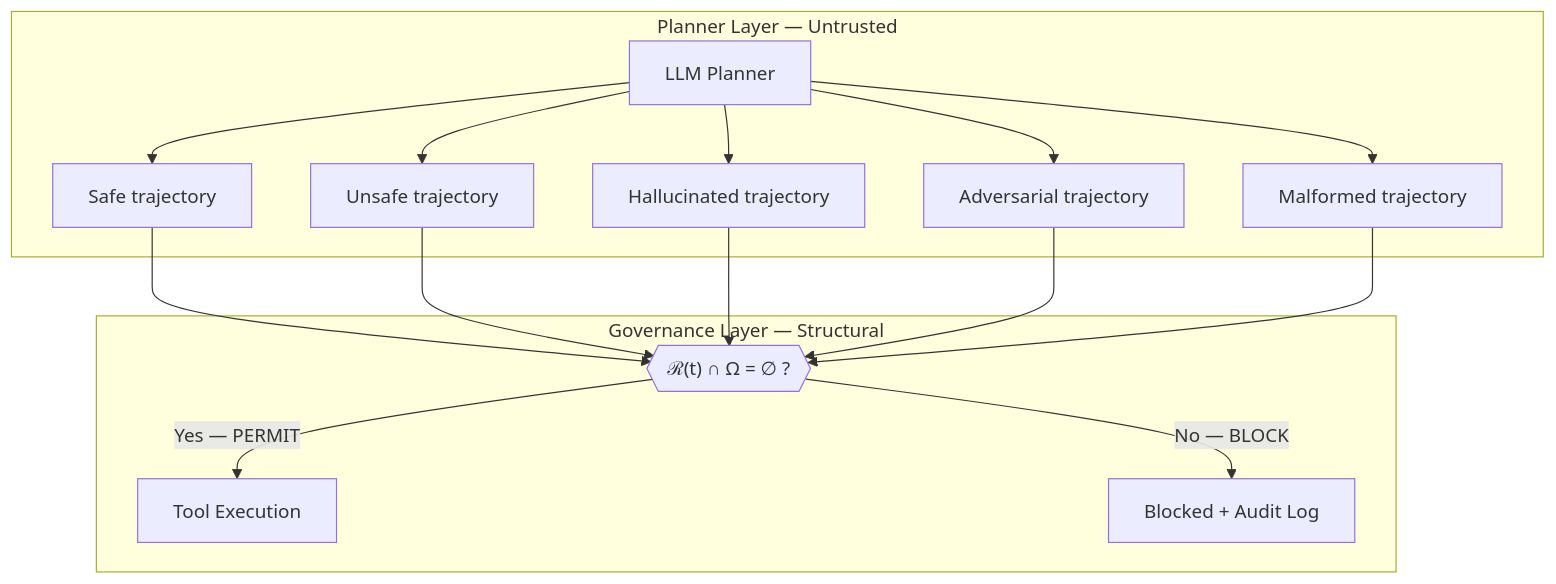
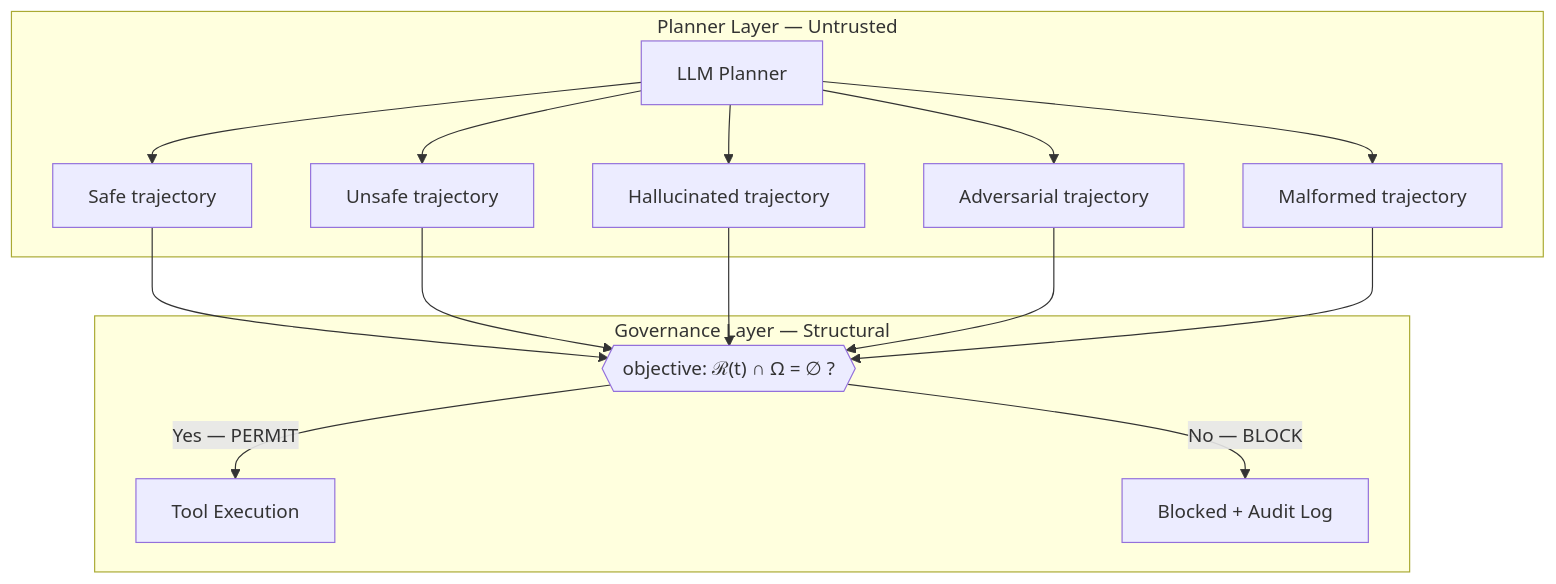
Before and after one commit to davarntrades/Morrison-Runtime-Governance: the second of 4 diagrams in deployable infrastructure repository.md, drawn with Mermaid. The commit also changed other lines of this file and 29 other files, not shown here.

````diff
--- a/deployable infrastructure repository.md
+++ b/deployable infrastructure repository.md
@@ -178,21 +178,21 @@
 ```mermaid
 graph TD
     subgraph "Planner Layer — Untrusted"
         LLM[LLM Planner]
         LLM --> safe_t["Safe trajectory"]
         LLM --> unsafe_t["Unsafe trajectory"]
         LLM --> halluc_t["Hallucinated trajectory"]
         LLM --> adv_t["Adversarial trajectory"]
         LLM --> malform_t["Malformed trajectory"]
     end
 
     subgraph "Governance Layer — Structural"
-        safe_t --> GOV{{"ℛ(t) ∩ Ω = ∅ ?"}}
+        safe_t --> GOV{{"objective: ℛ(t) ∩ Ω = ∅ ?"}}
         unsafe_t --> GOV
         halluc_t --> GOV
         adv_t --> GOV
         malform_t --> GOV
         GOV -->|"Yes — PERMIT"| EXEC[Tool Execution]
         GOV -->|"No — BLOCK"| LOG[Blocked + Audit Log]
     end
 ```
````
